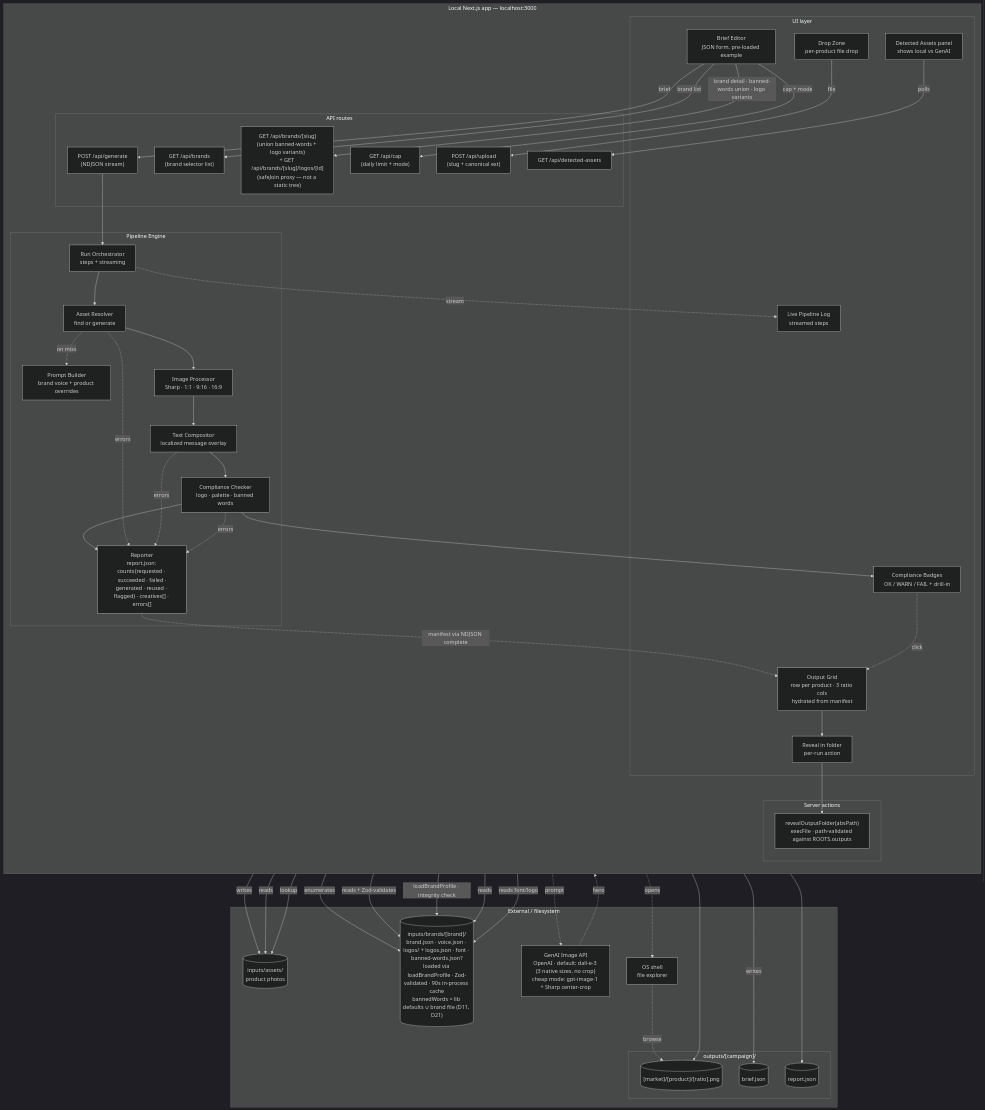
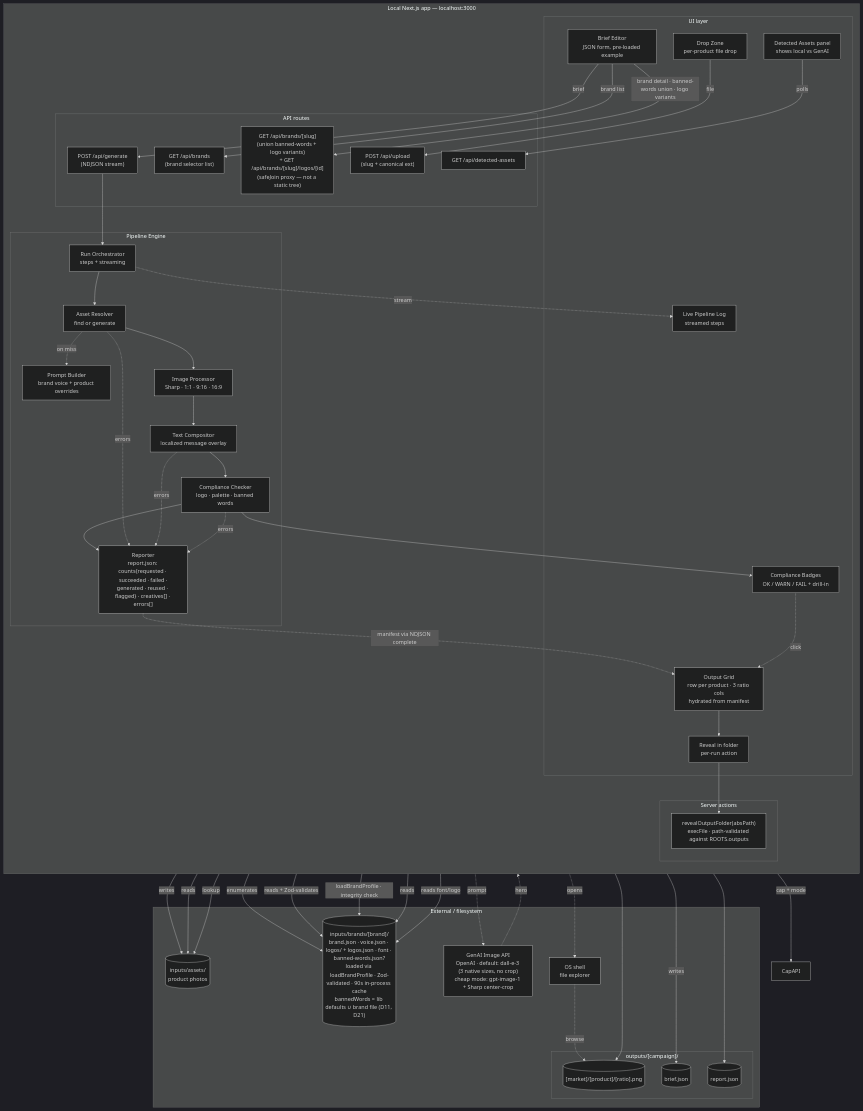
Before and after one commit to arndvs/cast: the third of 5 diagrams in docs/system-map.md, drawn with Mermaid (dark theme). The commit also changed other lines of this file and 4 other files, not shown here.

First line of the commit message:
docs(D32): supersede D22 daily spend cap; remove cap surface area

```diff
--- a/docs/system-map.md
+++ b/docs/system-map.md
@@ -114,7 +114,6 @@
             GenerateAPI["POST /api/generate<br/>(NDJSON stream)"]
             BrandsAPI["GET /api/brands<br/>(brand selector list)"]
             BrandDetailAPI["GET /api/brands/[slug]<br/>(union banned-words + logo variants)<br/>+ GET /api/brands/[slug]/logos/[id]<br/>(safeJoin proxy — not a static tree)"]
-            CapAPI["GET /api/cap<br/>(daily limit + mode)"]
         end
 
         subgraph Actions["Server actions"]
```
